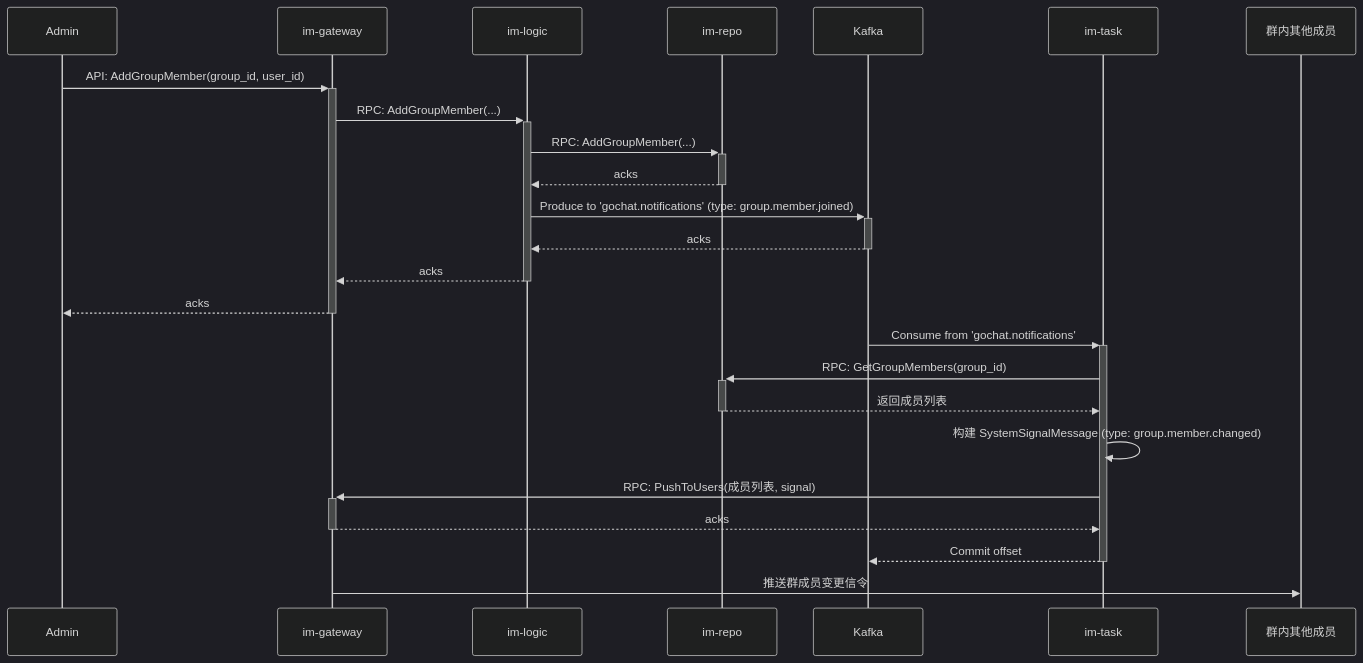
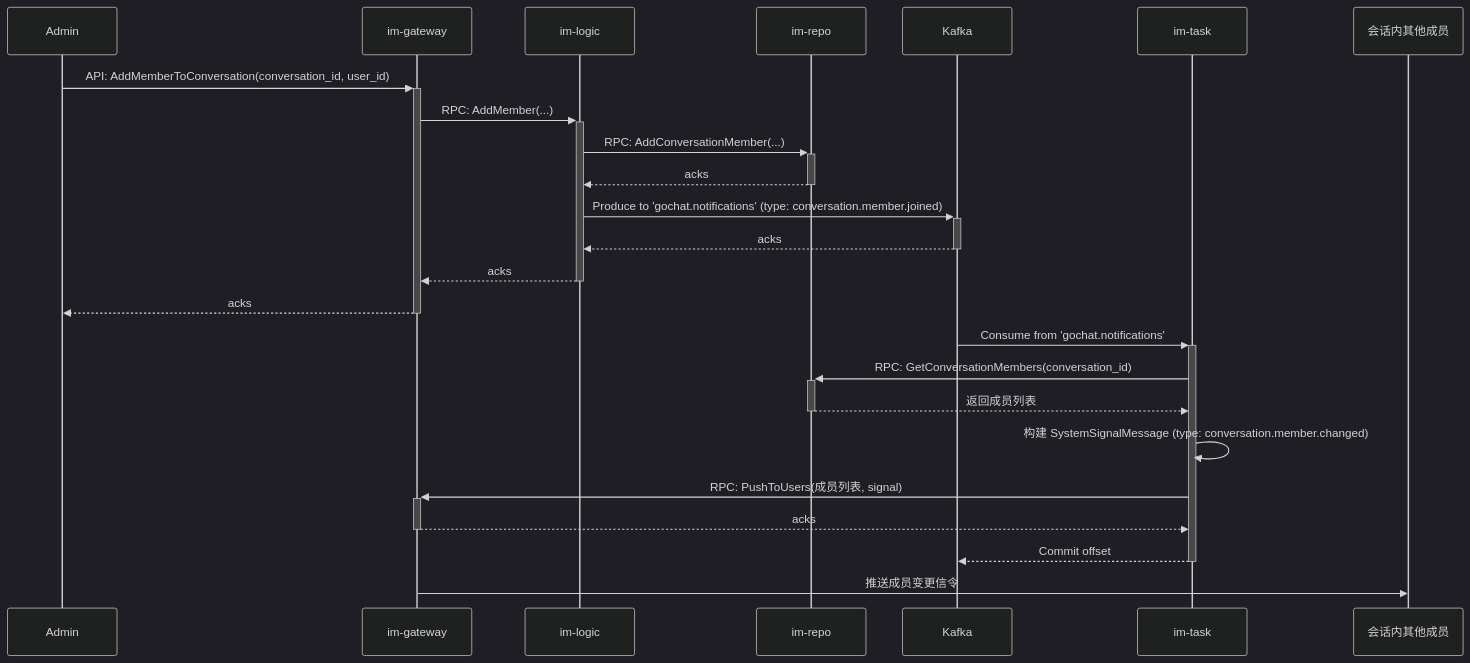
One commit to ceyewan/gochat changed the third of 3 diagrams in docs/06_data_models/02_core_im_flows.md. Above: the diagram before and after it, drawn with Mermaid (dark theme). The commit also changed other lines of this file and 7 other files, not shown here.

````diff
--- a/docs/06_data_models/02_core_im_flows.md
+++ b/docs/06_data_models/02_core_im_flows.md
@@ -125,29 +125,29 @@
 ```mermaid
 sequenceDiagram
     participant Admin
     participant Gateway as im-gateway
     participant Logic as im-logic
     participant Repo as im-repo
     participant Kafka
     participant Task as im-task
-    participant Others as 群内其他成员
+    participant Others as 会话内其他成员
 
-    Admin->>+Gateway: API: AddGroupMember(group_id, user_id)
-    Gateway->>+Logic: RPC: AddGroupMember(...)
-    Logic->>+Repo: RPC: AddGroupMember(...)
+    Admin->>+Gateway: API: AddMemberToConversation(conversation_id, user_id)
+    Gateway->>+Logic: RPC: AddMember(...)
+    Logic->>+Repo: RPC: AddConversationMember(...)
     Repo-->>-Logic: acks
-    Logic->>+Kafka: Produce to 'gochat.notifications' (type: group.member.joined)
+    Logic->>+Kafka: Produce to 'gochat.notifications' (type: conversation.member.joined)
     Kafka-->>-Logic: acks
     Logic-->>-Gateway: acks
     Gateway-->>-Admin: acks
 
     Kafka->>+Task: Consume from 'gochat.notifications'
-    Task->>+Repo: RPC: GetGroupMembers(group_id)
+    Task->>+Repo: RPC: GetConversationMembers(conversation_id)
     Repo-->>-Task: 返回成员列表
-    Task->>Task: 构建 SystemSignalMessage (type: group.member.changed)
+    Task->>Task: 构建 SystemSignalMessage (type: conversation.member.changed)
     Task->>+Gateway: RPC: PushToUsers(成员列表, signal)
     Gateway-->>-Task: acks
     Task-->>-Kafka: Commit offset
 
-    Gateway->>Others: 推送群成员变更信令
+    Gateway->>Others: 推送成员变更信令
 ```
````
